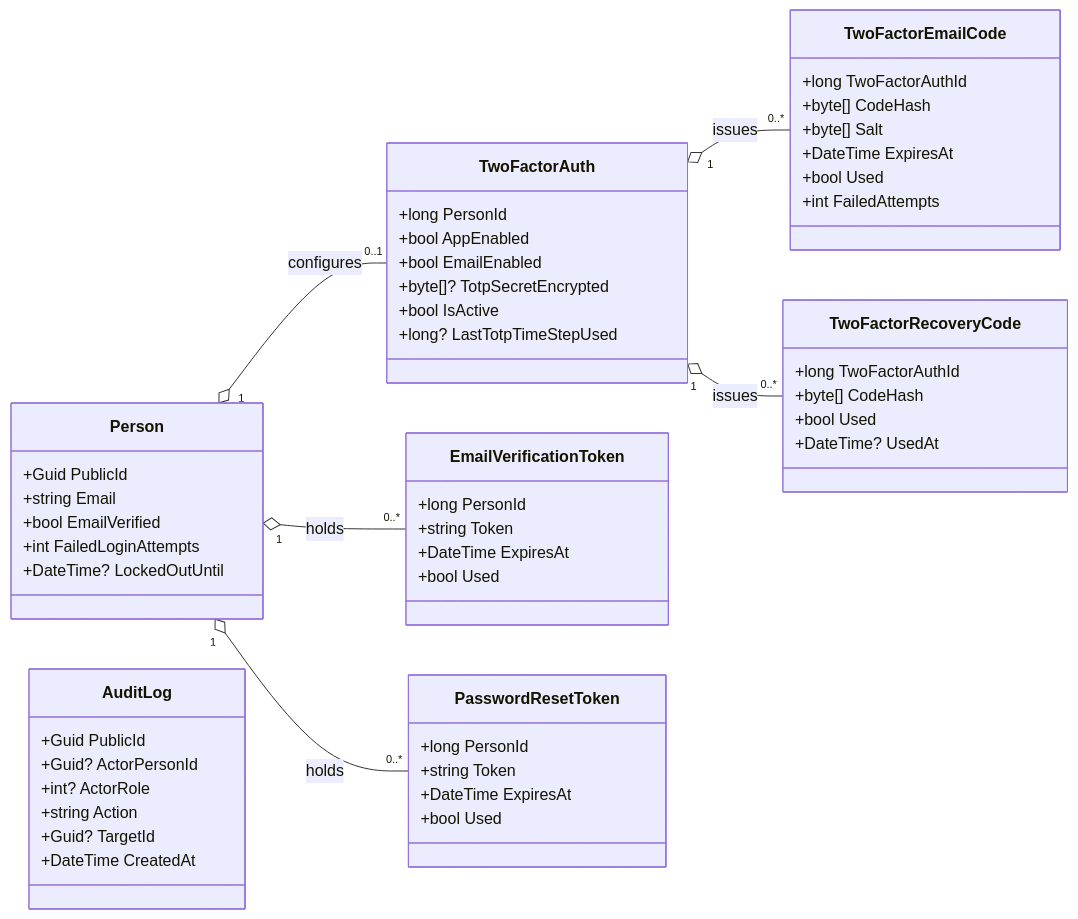
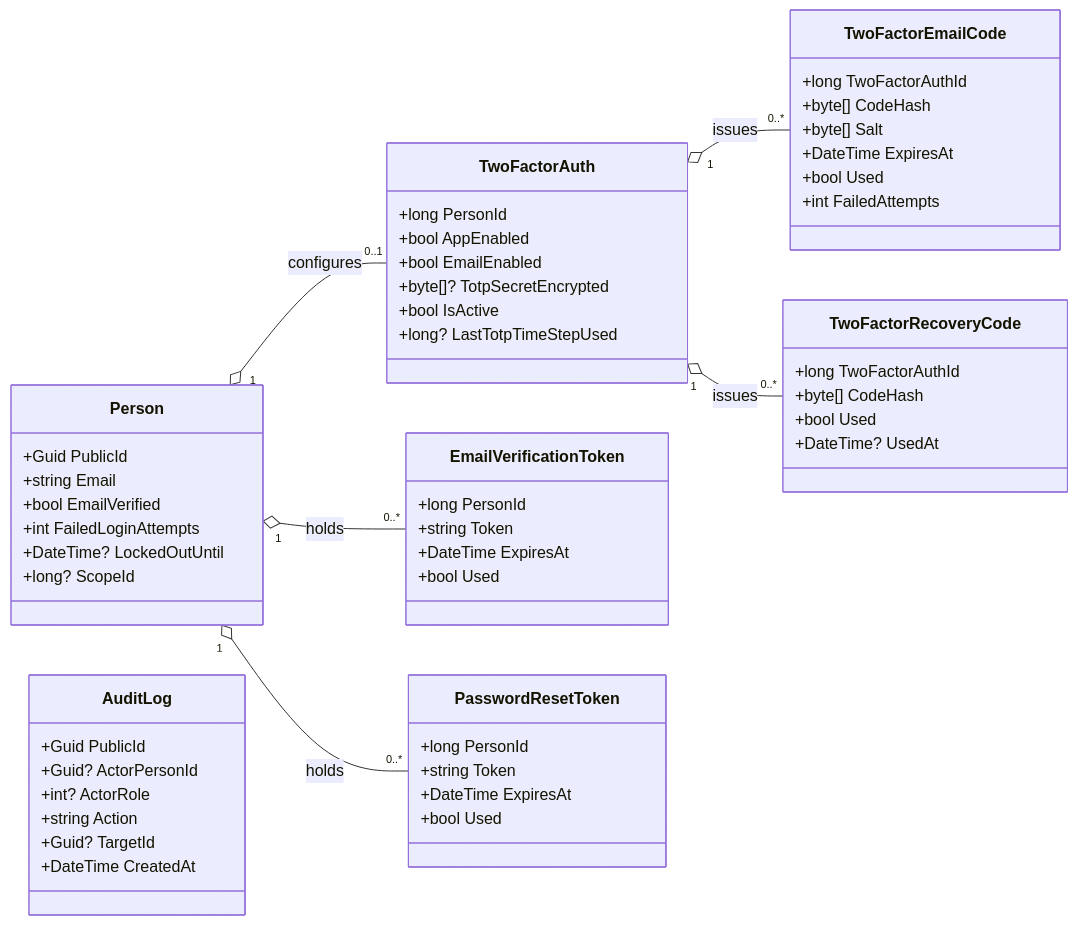
Before and after one commit to artur-rios/heimdall-api: the second of 4 diagrams in docs/content/en/docs/domain-model.md, drawn with Mermaid. The commit also changed other lines of this file and 56 other files, not shown here.

````diff
--- a/docs/content/en/docs/domain-model.md
+++ b/docs/content/en/docs/domain-model.md
@@ -93,60 +93,61 @@
 ```mermaid
 classDiagram
     direction LR
 
     class Person {
         +Guid PublicId
         +string Email
         +bool EmailVerified
         +int FailedLoginAttempts
         +DateTime? LockedOutUntil
+        +long? ScopeId
     }
     class TwoFactorAuth {
         +long PersonId
         +bool AppEnabled
         +bool EmailEnabled
         +byte[]? TotpSecretEncrypted
         +bool IsActive
         +long? LastTotpTimeStepUsed
     }
     class TwoFactorEmailCode {
         +long TwoFactorAuthId
         +byte[] CodeHash
         +byte[] Salt
         +DateTime ExpiresAt
         +bool Used
         +int FailedAttempts
     }
     class TwoFactorRecoveryCode {
         +long TwoFactorAuthId
         +byte[] CodeHash
         +bool Used
         +DateTime? UsedAt
     }
     class EmailVerificationToken {
         +long PersonId
         +string Token
         +DateTime ExpiresAt
         +bool Used
     }
     class PasswordResetToken {
         +long PersonId
         +string Token
         +DateTime ExpiresAt
         +bool Used
     }
     class AuditLog {
         +Guid PublicId
         +Guid? ActorPersonId
         +int? ActorRole
         +string Action
         +Guid? TargetId
         +DateTime CreatedAt
     }
 
     Person "1" o-- "0..1" TwoFactorAuth : configures
     TwoFactorAuth "1" o-- "0..*" TwoFactorEmailCode : issues
     TwoFactorAuth "1" o-- "0..*" TwoFactorRecoveryCode : issues
     Person "1" o-- "0..*" EmailVerificationToken : holds
     Person "1" o-- "0..*" PasswordResetToken : holds
 ```
````
